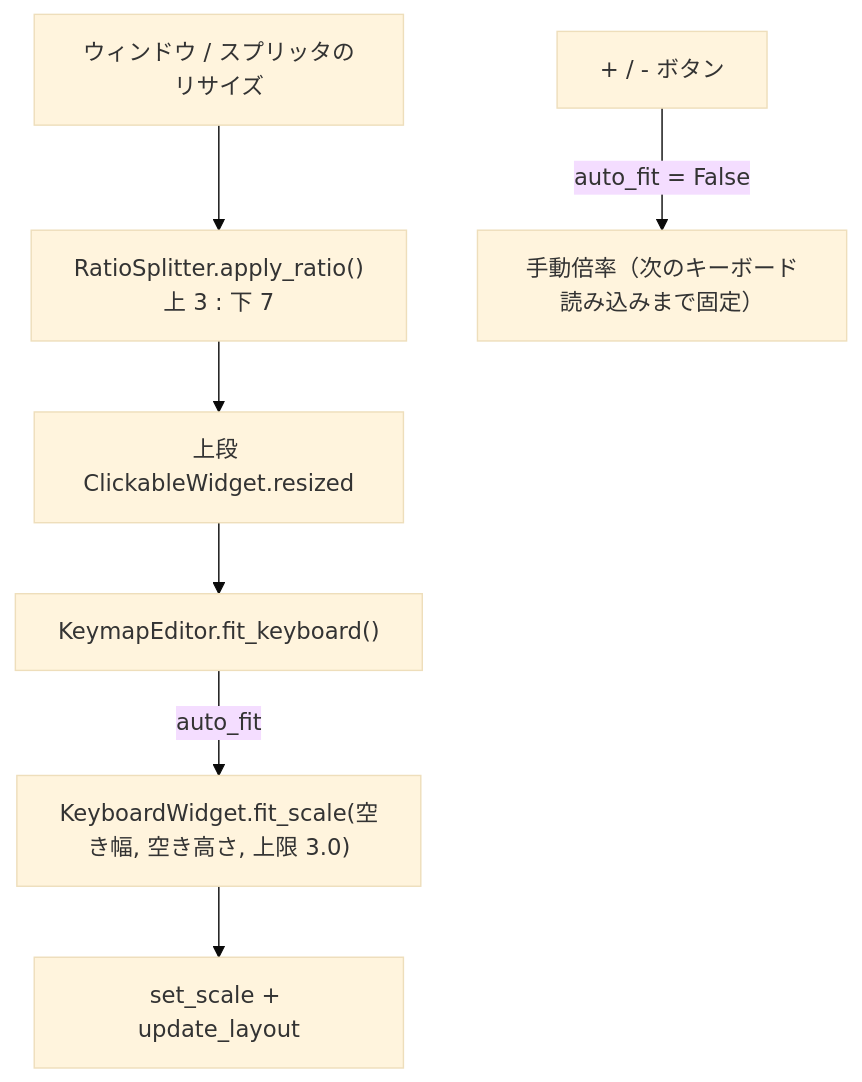
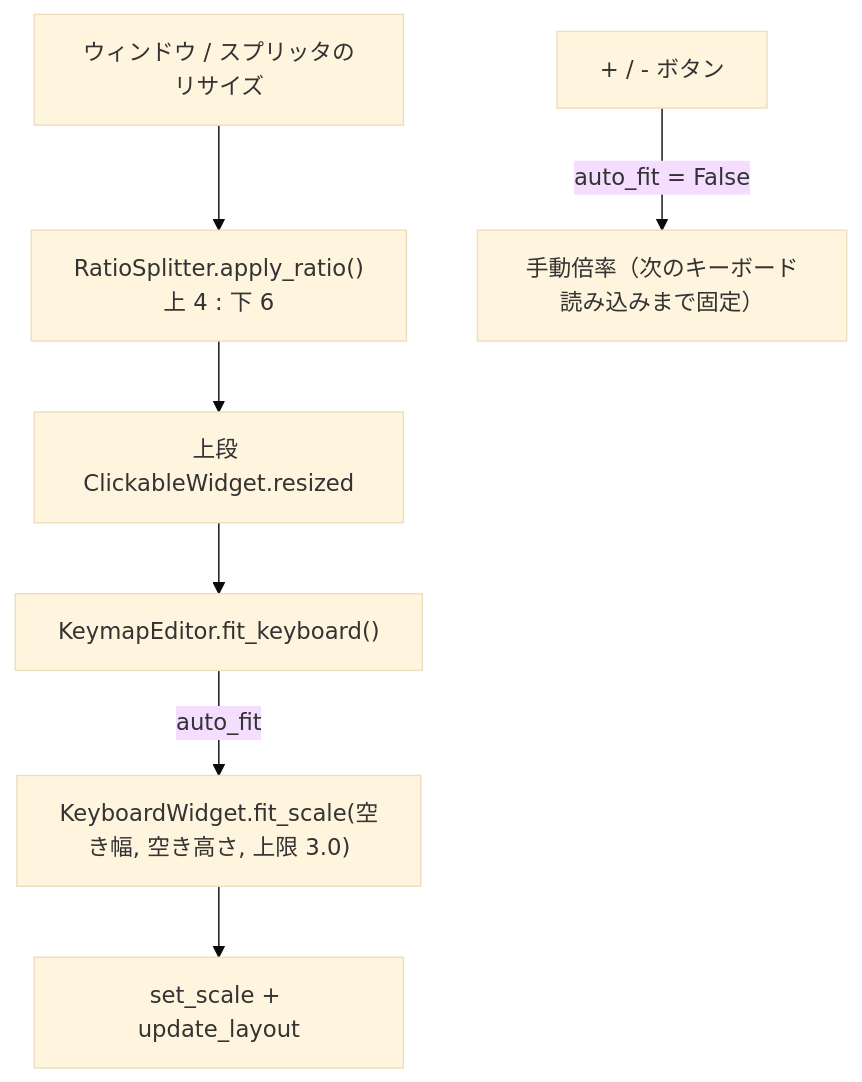
The third of 4 diagrams in docs/theme-flat-keys-spec.md (digitarhythm/KeRT-Keymapper), drawn with Mermaid (base theme) before and after one commit. The commit also changed other lines of this file and 4 other files, not shown here.

````diff
--- a/docs/theme-flat-keys-spec.md
+++ b/docs/theme-flat-keys-spec.md
@@ -114,9 +114,9 @@
 ```mermaid
 flowchart TD
-    R["ウィンドウ / スプリッタのリサイズ"] --> S["RatioSplitter.apply_ratio()<br/>上 3 : 下 7"]
+    R["ウィンドウ / スプリッタのリサイズ"] --> S["RatioSplitter.apply_ratio()<br/>上 4 : 下 6"]
     S --> A["上段 ClickableWidget.resized"]
     A --> F["KeymapEditor.fit_keyboard()"]
     F -->|auto_fit| C["KeyboardWidget.fit_scale(空き幅, 空き高さ, 上限 3.0)"]
     C --> U["set_scale + update_layout"]
     Z["+ / - ボタン"] -->|auto_fit = False| M["手動倍率（次のキーボード読み込みまで固定）"]
 ```
````
